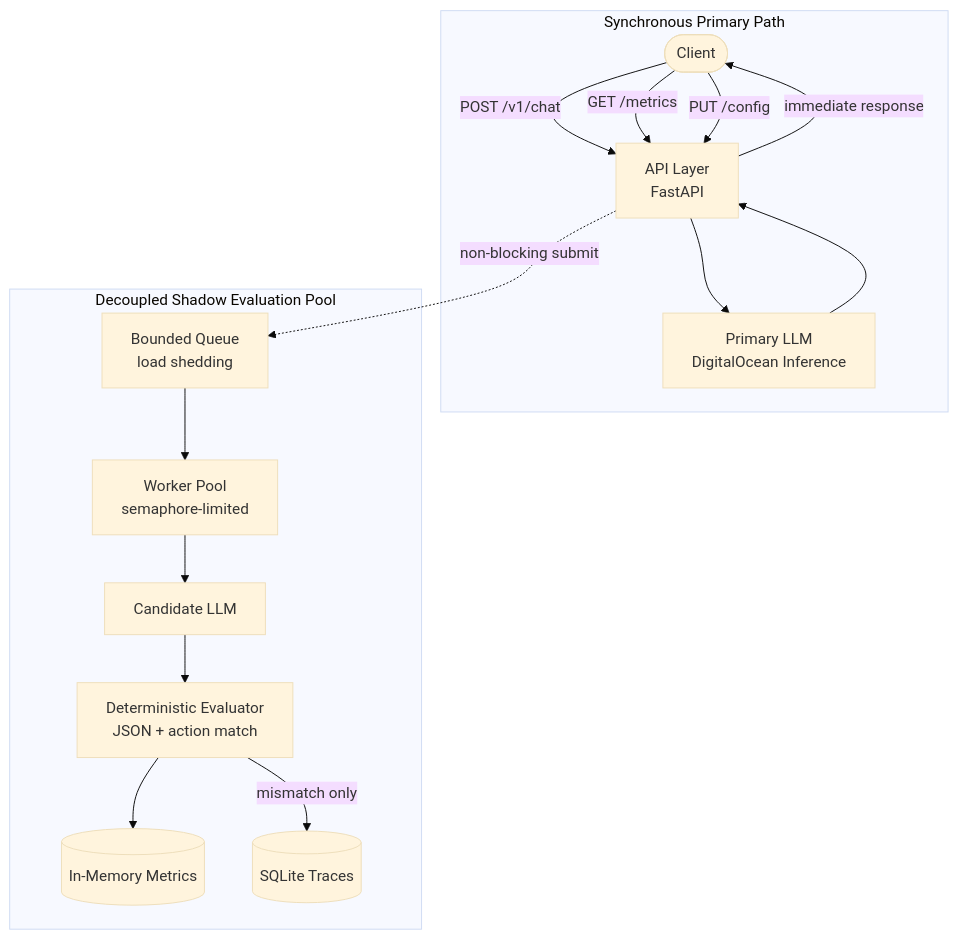
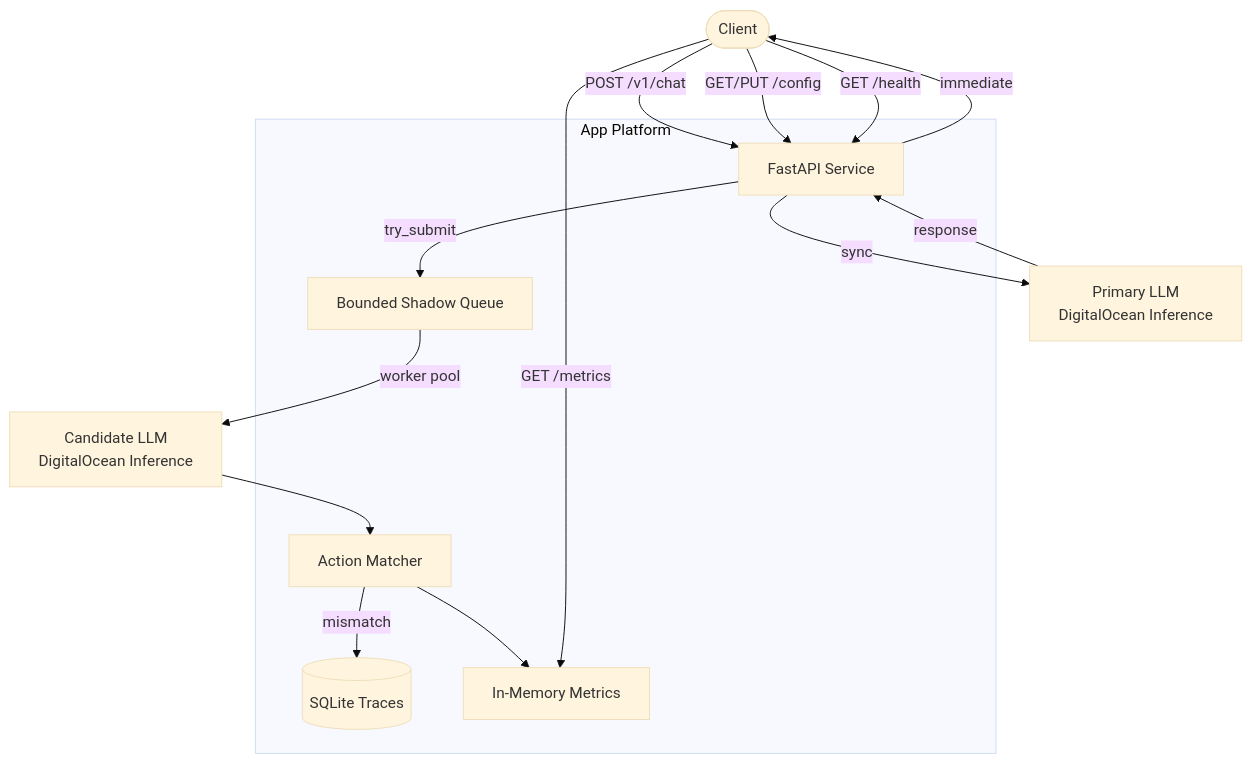
Before and after one commit to Myagmarbat/llm-evaluator-api-service: the diagram in llm-evaluator-api-service/README.md, drawn with Mermaid (base theme). The commit also changed other lines of this file and 35 other files, not shown here.

````diff
--- a/llm-evaluator-api-service/README.md
+++ b/llm-evaluator-api-service/README.md
@@ -7,22 +7,25 @@
 ```mermaid
 flowchart TB
-    Client([Client]) -->|POST /v1/chat| API[API Layer<br/>FastAPI]
+    Client([Client]) -->|POST /v1/chat| API[FastAPI Service]
+    API -->|sync| Primary[Primary LLM<br/>DigitalOcean Inference]
+    Primary -->|response| API
+    API -->|immediate| Client
 
-    subgraph sync_path [Synchronous Primary Path]
-        API --> Primary[Primary LLM<br/>DigitalOcean Inference]
-        Primary --> API
-        API -->|immediate response| Client
+    API -->|try_submit| Queue[Bounded Shadow Queue]
+    Queue -->|worker pool| Candidate[Candidate LLM<br/>DigitalOcean Inference]
+    Candidate --> Evaluator[Action Matcher]
+    Evaluator -->|mismatch| TraceDB[(SQLite Traces)]
+    Evaluator --> Metrics[In-Memory Metrics]
+
+    Client -->|GET /metrics| Metrics
+    Client -->|GET/PUT /config| API
+    Client -->|GET /health| API
+
+    subgraph App Platform
+        API
+        Queue
+        Evaluator
+        Metrics
+        TraceDB
     end
-
-    subgraph shadow_pool [Decoupled Shadow Evaluation Pool]
-        API -.->|non-blocking submit| Queue[Bounded Queue<br/>load shedding]
-        Queue --> Workers[Worker Pool<br/>semaphore-limited]
-        Workers --> Candidate[Candidate LLM]
-        Candidate --> Evaluator[Deterministic Evaluator<br/>JSON + action match]
-        Evaluator --> Metrics[(In-Memory Metrics)]
-        Evaluator -->|mismatch only| SQLite[(SQLite Traces)]
-    end
-
-    Client -->|GET /metrics| API
-    Client -->|PUT /config| API
 ```
````
